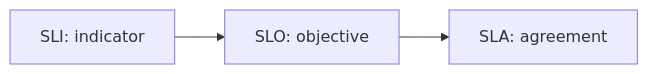
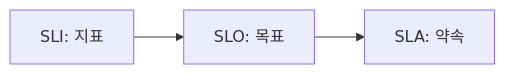
The diagram in content/sre-101/ko/03-sli-slo-sla.md (yeongseon-books/book-content), drawn with Mermaid before and after one commit. The commit also changed other lines of this file and 9 other files, not shown here.

````diff
--- a/content/sre-101/ko/03-sli-slo-sla.md
+++ b/content/sre-101/ko/03-sli-slo-sla.md
@@ -33,5 +47,5 @@
 ```mermaid
 flowchart LR
-    SLI["SLI: indicator"] --> SLO["SLO: objective"]
-    SLO --> SLA["SLA: agreement"]
+    SLI["SLI: 지표"] --> SLO["SLO: 목표"]
+    SLO --> SLA["SLA: 약속"]
 ```
````
